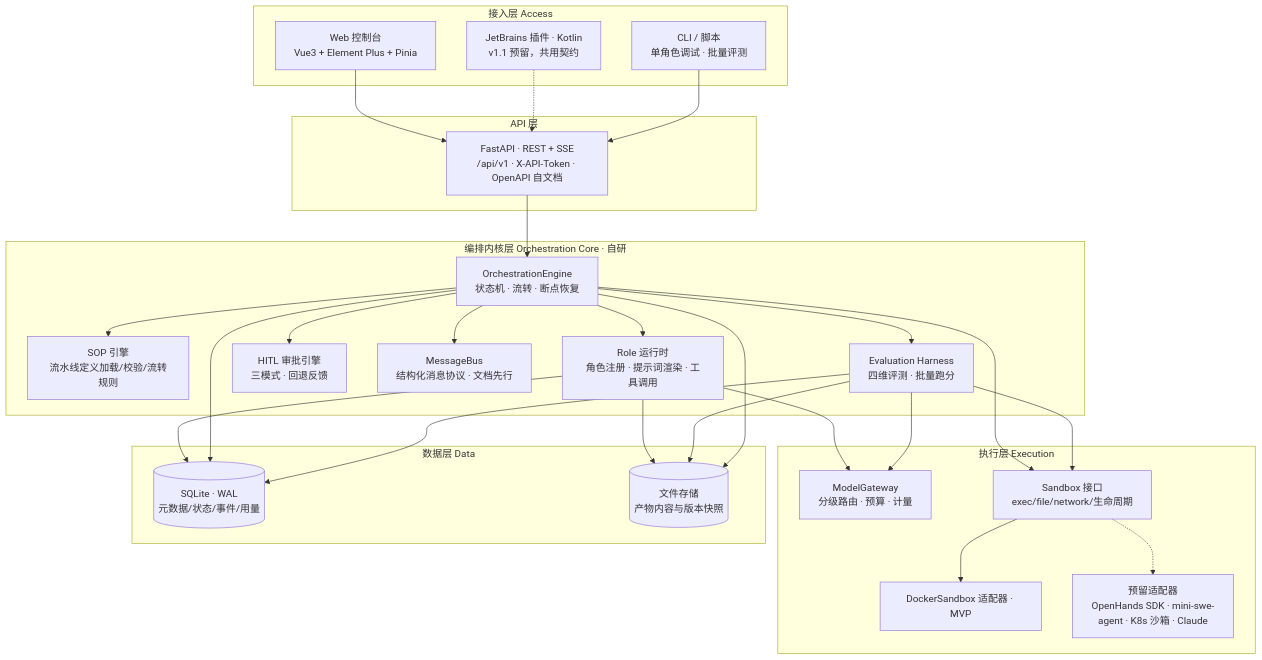
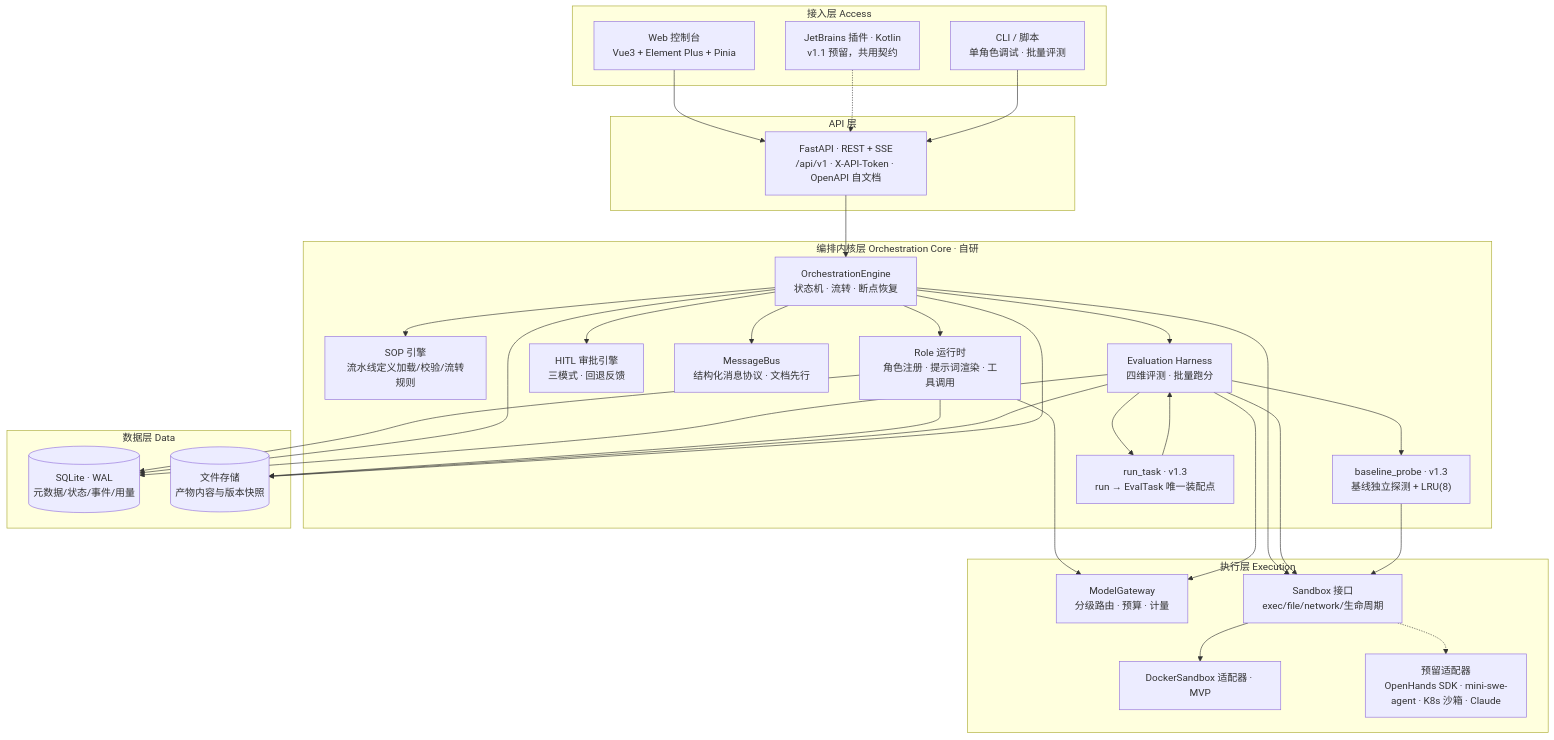
The first of 5 diagrams in docs/02-架构设计.md (Eeyore104/Ymir-Agent), drawn with Mermaid before and after one commit. The commit also changed other lines of this file and 6 other files, not shown here.

````diff
--- a/docs/02-架构设计.md
+++ b/docs/02-架构设计.md
@@ -60,55 +60,61 @@
 ```mermaid
 flowchart TB
     subgraph L1["接入层 Access"]
         WEB["Web 控制台<br/>Vue3 + Element Plus + Pinia"]
         PLUGIN["JetBrains 插件 · Kotlin<br/>v1.1 预留，共用契约"]
         CLI["CLI / 脚本<br/>单角色调试 · 批量评测"]
     end
 
     subgraph L0["API 层"]
         API["FastAPI · REST + SSE<br/>/api/v1 · X-API-Token · OpenAPI 自文档"]
     end
 
     subgraph L2["编排内核层 Orchestration Core · 自研"]
         ENGINE["OrchestrationEngine<br/>状态机 · 流转 · 断点恢复"]
         SOP["SOP 引擎<br/>流水线定义加载/校验/流转规则"]
         ROLE["Role 运行时<br/>角色注册 · 提示词渲染 · 工具调用"]
         HITL["HITL 审批引擎<br/>三模式 · 回退反馈"]
         MSG["MessageBus<br/>结构化消息协议 · 文档先行"]
         EVAL["Evaluation Harness<br/>四维评测 · 批量跑分"]
+        PROBE["baseline_probe · v1.3<br/>基线独立探测 + LRU(8)"]
+        RUNTASK["run_task · v1.3<br/>run → EvalTask 唯一装配点"]
     end
 
     subgraph L3["执行层 Execution"]
         GW["ModelGateway<br/>分级路由 · 预算 · 计量"]
         SB["Sandbox 接口<br/>exec/file/network/生命周期"]
         DOCKER["DockerSandbox 适配器 · MVP"]
         ADAPTER["预留适配器<br/>OpenHands SDK · mini-swe-agent · K8s 沙箱 · Claude"]
     end
 
     subgraph L4["数据层 Data"]
         DB[("SQLite · WAL<br/>元数据/状态/事件/用量")]
         FS[("文件存储<br/>产物内容与版本快照")]
     end
 
     WEB --> API
     PLUGIN -.-> API
     CLI --> API
     API --> ENGINE
     ENGINE --> SOP
     ENGINE --> ROLE
     ENGINE --> HITL
     ENGINE --> MSG
     ENGINE --> EVAL
     ROLE --> GW
     ENGINE --> SB
     EVAL --> SB
     EVAL --> GW
+    EVAL --> PROBE
+    EVAL --> RUNTASK
+    PROBE --> SB
+    RUNTASK --> EVAL
     SB --> DOCKER
     SB -.-> ADAPTER
     ROLE --> DB
     ENGINE --> DB
     EVAL --> DB
     ROLE --> FS
     EVAL --> FS
     ENGINE --> FS
 ```
````
